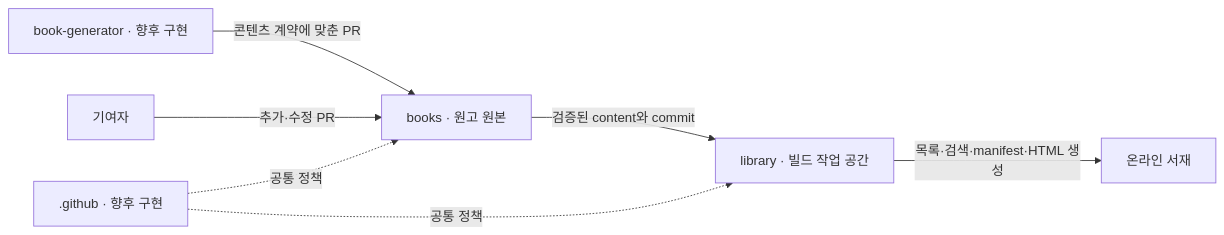
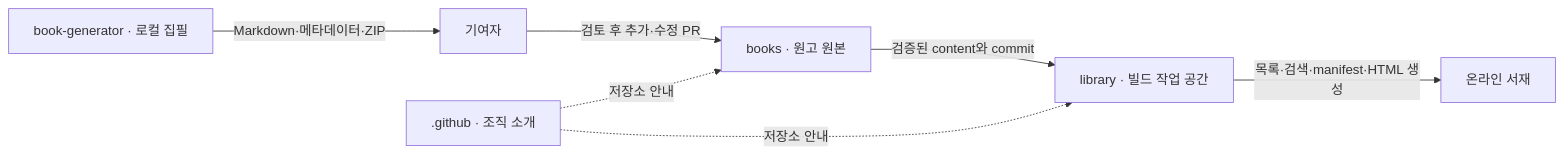
One commit to AI-Generation-Library/books changed the diagram in ARCHITECTURE.md. Above: the diagram before and after it, drawn with Mermaid. The commit also changed other lines of this file and 1 other file, not shown here.

Commit message:
Document local generator and keep book listings in the library

````diff
--- a/ARCHITECTURE.md
+++ b/ARCHITECTURE.md
@@ -14,9 +14,9 @@
 ```mermaid
 flowchart LR
-  G[book-generator · 향후 구현] -->|콘텐츠 계약에 맞춘 PR| B[books · 원고 원본]
-  H[기여자] -->|추가·수정 PR| B
+  G[book-generator · 로컬 집필] -->|Markdown·메타데이터·ZIP| H[기여자]
+  H -->|검토 후 추가·수정 PR| B[books · 원고 원본]
   B -->|검증된 content와 commit| L[library · 빌드 작업 공간]
   L -->|목록·검색·manifest·HTML 생성| P[온라인 서재]
-  O[.github · 향후 구현] -. 공통 정책 .-> B
-  O -. 공통 정책 .-> L
+  O[.github · 조직 소개] -. 저장소 안내 .-> B
+  O -. 저장소 안내 .-> L
 ```
````
